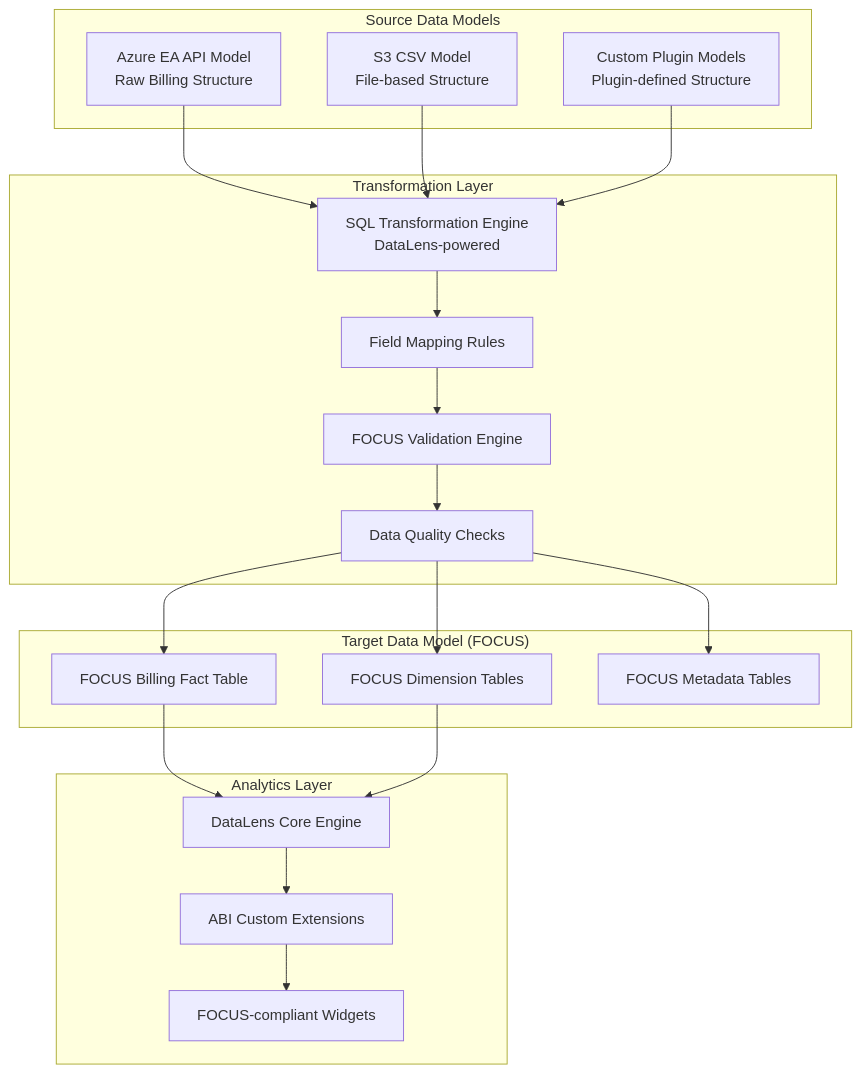
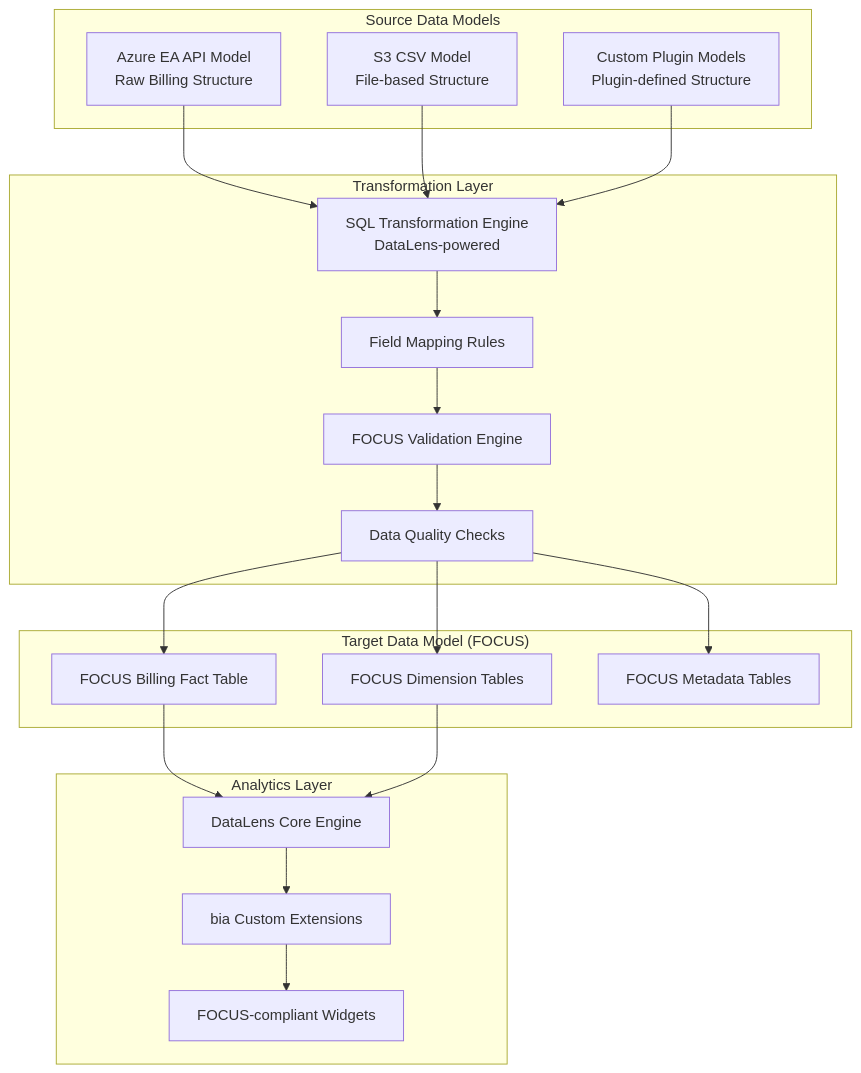
Before and after one commit to chris-han/area-code: the fourth of 5 diagrams in .kiro/specs/azure-billing-intelligence/design.md, drawn with Mermaid. The commit also changed other lines of this file and 178 other files, not shown here.

````diff
--- a/.kiro/specs/azure-billing-intelligence/design.md
+++ b/.kiro/specs/azure-billing-intelligence/design.md
@@ -1132,43 +1132,43 @@
 ```mermaid
 graph TB
     subgraph "Source Data Models"
         AZURE_SRC[Azure EA API Model<br/>Raw Billing Structure]
         S3_SRC[S3 CSV Model<br/>File-based Structure]
         CUSTOM_SRC[Custom Plugin Models<br/>Plugin-defined Structure]
     end
     
     subgraph "Transformation Layer"
         SQL_TRANSFORM[SQL Transformation Engine<br/>DataLens-powered]
         FIELD_MAPPING[Field Mapping Rules]
         VALIDATION[FOCUS Validation Engine]
         QUALITY_CHECK[Data Quality Checks]
     end
     
     subgraph "Target Data Model (FOCUS)"
         FOCUS_BILLING[FOCUS Billing Fact Table]
         FOCUS_DIMS[FOCUS Dimension Tables]
         FOCUS_METADATA[FOCUS Metadata Tables]
     end
     
     subgraph "Analytics Layer"
         DATALENS_CORE[DataLens Core Engine]
-        ABI_EXTENSIONS[ABI Custom Extensions]
+        ABI_EXTENSIONS[bia Custom Extensions]
         FOCUS_WIDGETS[FOCUS-compliant Widgets]
     end
     
     AZURE_SRC --> SQL_TRANSFORM
     S3_SRC --> SQL_TRANSFORM
     CUSTOM_SRC --> SQL_TRANSFORM
     
     SQL_TRANSFORM --> FIELD_MAPPING
     FIELD_MAPPING --> VALIDATION
     VALIDATION --> QUALITY_CHECK
     QUALITY_CHECK --> FOCUS_BILLING
     QUALITY_CHECK --> FOCUS_DIMS
     QUALITY_CHECK --> FOCUS_METADATA
     
     FOCUS_BILLING --> DATALENS_CORE
     FOCUS_DIMS --> DATALENS_CORE
     DATALENS_CORE --> ABI_EXTENSIONS
     ABI_EXTENSIONS --> FOCUS_WIDGETS
 ```
````
